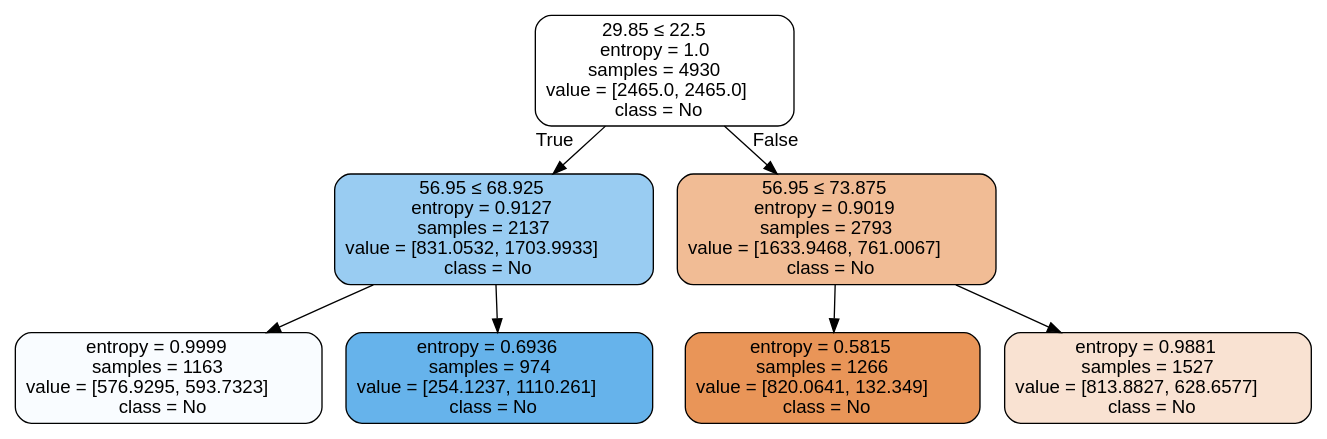
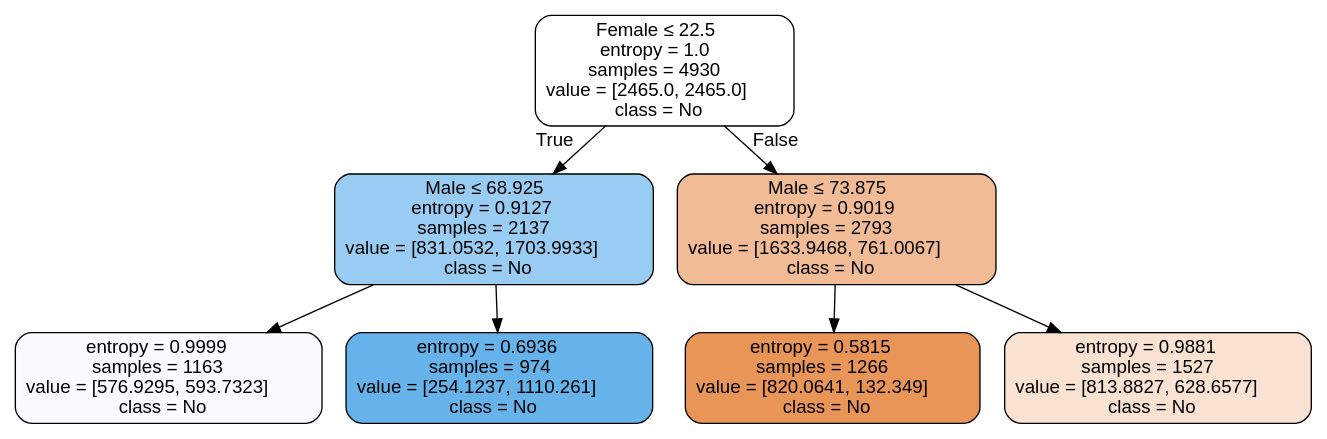
The diagram in mytree.dot (mkrijal/ML_class), drawn with Graphviz before and after one commit. The commit also changed 6 other files, not shown here.

```diff
--- a/mytree.dot
+++ b/mytree.dot
@@ -1,17 +1,17 @@
 digraph Tree {
 node [shape=box, style="filled, rounded", color="black", fontname=helvetica] ;
 edge [fontname=helvetica] ;
-0 [label=<29.85 &le; 22.5<br/>entropy = 1.0<br/>samples = 4930<br/>value = [2465.0, 2465.0]<br/>class = No>, fillcolor="#399de500"] ;
-1 [label=<56.95 &le; 68.925<br/>entropy = 0.9127<br/>samples = 2137<br/>value = [831.0532, 1703.9933]<br/>class = No>, fillcolor="#399de583"] ;
+0 [label=<Female &le; 22.5<br/>entropy = 1.0<br/>samples = 4930<br/>value = [2465.0, 2465.0]<br/>class = No>, fillcolor="#399de500"] ;
+1 [label=<Male &le; 68.925<br/>entropy = 0.9127<br/>samples = 2137<br/>value = [831.0532, 1703.9933]<br/>class = No>, fillcolor="#399de583"] ;
 0 -> 1 [labeldistance=2.5, labelangle=45, headlabel="True"] ;
 2 [label=<entropy = 0.9999<br/>samples = 1163<br/>value = [576.9295, 593.7323]<br/>class = No>, fillcolor="#399de507"] ;
 1 -> 2 ;
 3 [label=<entropy = 0.6936<br/>samples = 974<br/>value = [254.1237, 1110.261]<br/>class = No>, fillcolor="#399de5c5"] ;
 1 -> 3 ;
-4 [label=<56.95 &le; 73.875<br/>entropy = 0.9019<br/>samples = 2793<br/>value = [1633.9468, 761.0067]<br/>class = No>, fillcolor="#e5813988"] ;
+4 [label=<Male &le; 73.875<br/>entropy = 0.9019<br/>samples = 2793<br/>value = [1633.9468, 761.0067]<br/>class = No>, fillcolor="#e5813988"] ;
 0 -> 4 [labeldistance=2.5, labelangle=-45, headlabel="False"] ;
 5 [label=<entropy = 0.5815<br/>samples = 1266<br/>value = [820.0641, 132.349]<br/>class = No>, fillcolor="#e58139d6"] ;
 4 -> 5 ;
 6 [label=<entropy = 0.9881<br/>samples = 1527<br/>value = [813.8827, 628.6577]<br/>class = No>, fillcolor="#e581393a"] ;
 4 -> 6 ;
 }
```
